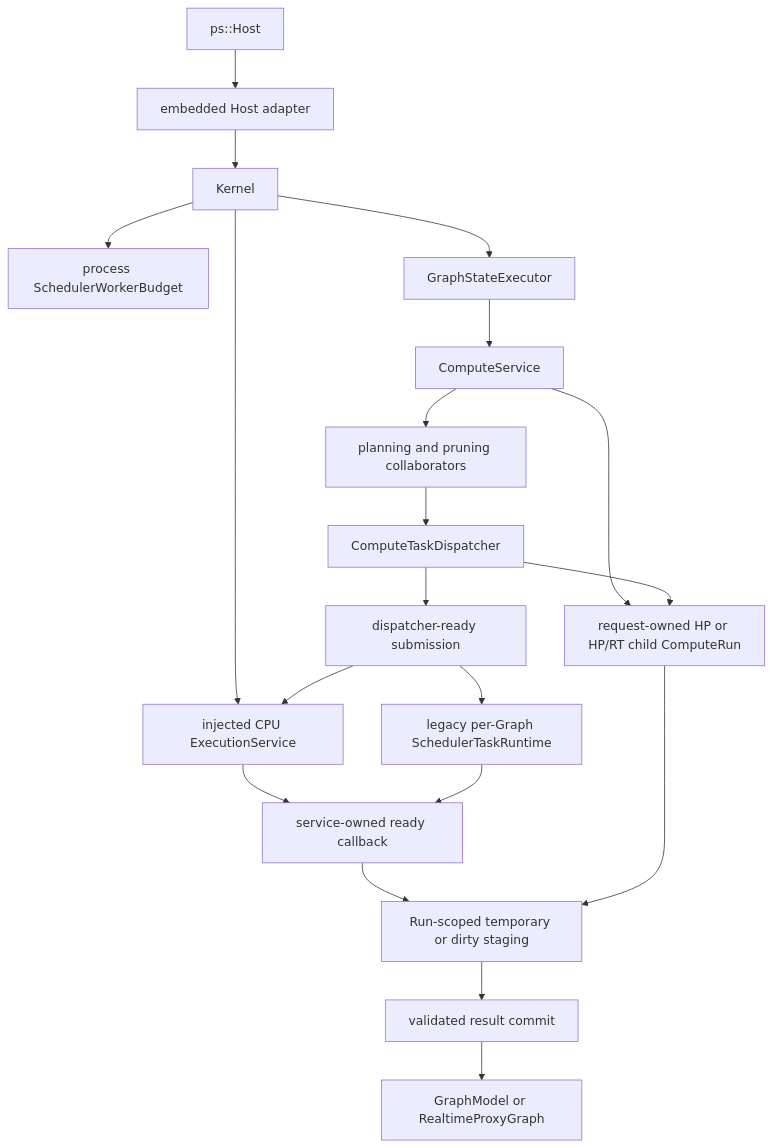
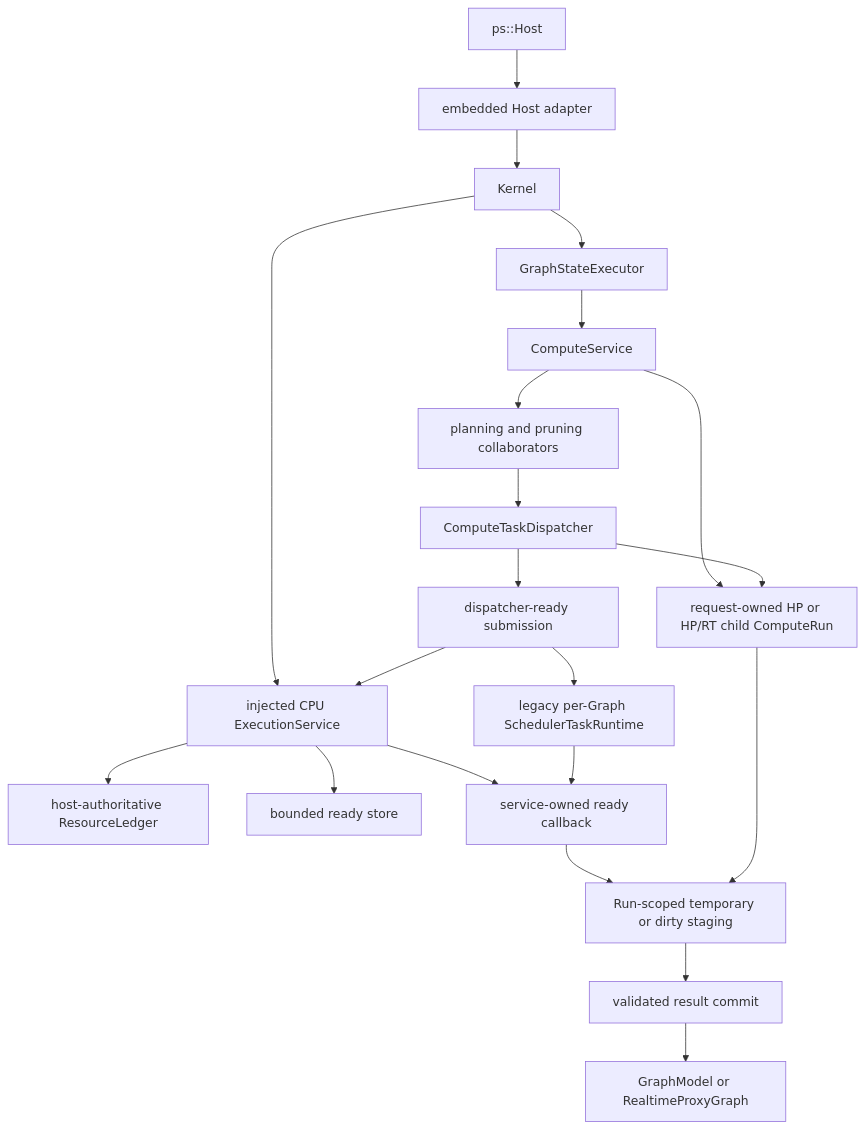
Before and after one commit to kevin-zf1123/photospider: the diagram in docs/kernel-architecture/Compute-Boundaries.md, drawn with Mermaid. The commit also changed other lines of this file and 54 other files, not shown here.

First line of the commit message:
[add] enforce Host resource-ledger admission

````diff
--- a/docs/kernel-architecture/Compute-Boundaries.md
+++ b/docs/kernel-architecture/Compute-Boundaries.md
@@ -24,22 +24,23 @@
 ```mermaid
 flowchart TD
   HOST["ps::Host"] --> ADAPTER["embedded Host adapter"]
   ADAPTER --> KERNEL["Kernel"]
-  KERNEL --> BUDGET["process SchedulerWorkerBudget"]
   KERNEL --> EXEC["injected CPU ExecutionService"]
+  EXEC --> LEDGER["host-authoritative ResourceLedger"]
+  EXEC --> STORE["bounded ready store"]
   KERNEL --> GSE["GraphStateExecutor"]
   GSE --> SERVICE["ComputeService"]
   SERVICE --> RUN["request-owned HP or HP/RT child ComputeRun"]
   SERVICE --> PLAN["planning and pruning collaborators"]
   PLAN --> DISPATCH["ComputeTaskDispatcher"]
   DISPATCH --> RUN
   DISPATCH --> READY["dispatcher-ready submission"]
   READY --> EXEC
   READY --> RUNTIME["legacy per-Graph SchedulerTaskRuntime"]
   EXEC --> CALLBACK["service-owned ready callback"]
   RUNTIME --> CALLBACK
   CALLBACK --> TEMP["Run-scoped temporary or dirty staging"]
   RUN --> TEMP
   TEMP --> COMMIT["validated result commit"]
   COMMIT --> GRAPH["GraphModel or RealtimeProxyGraph"]
 ```
````
